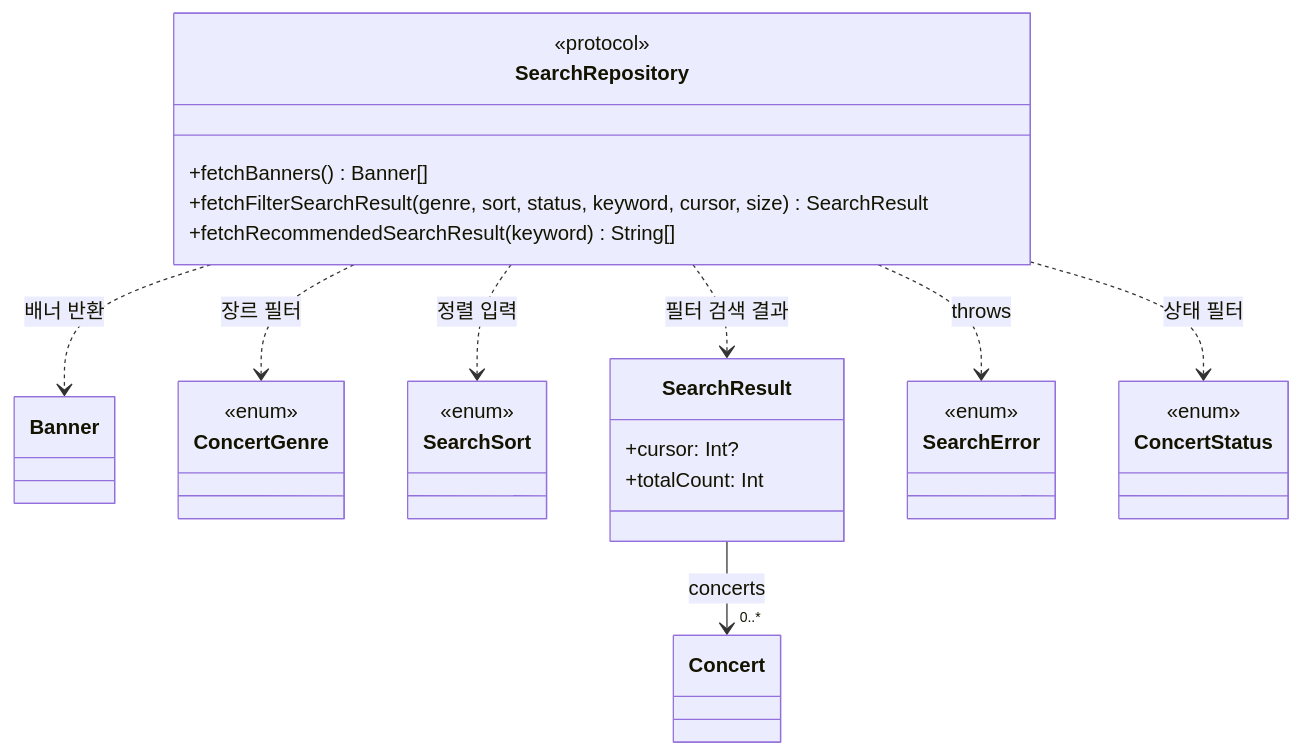
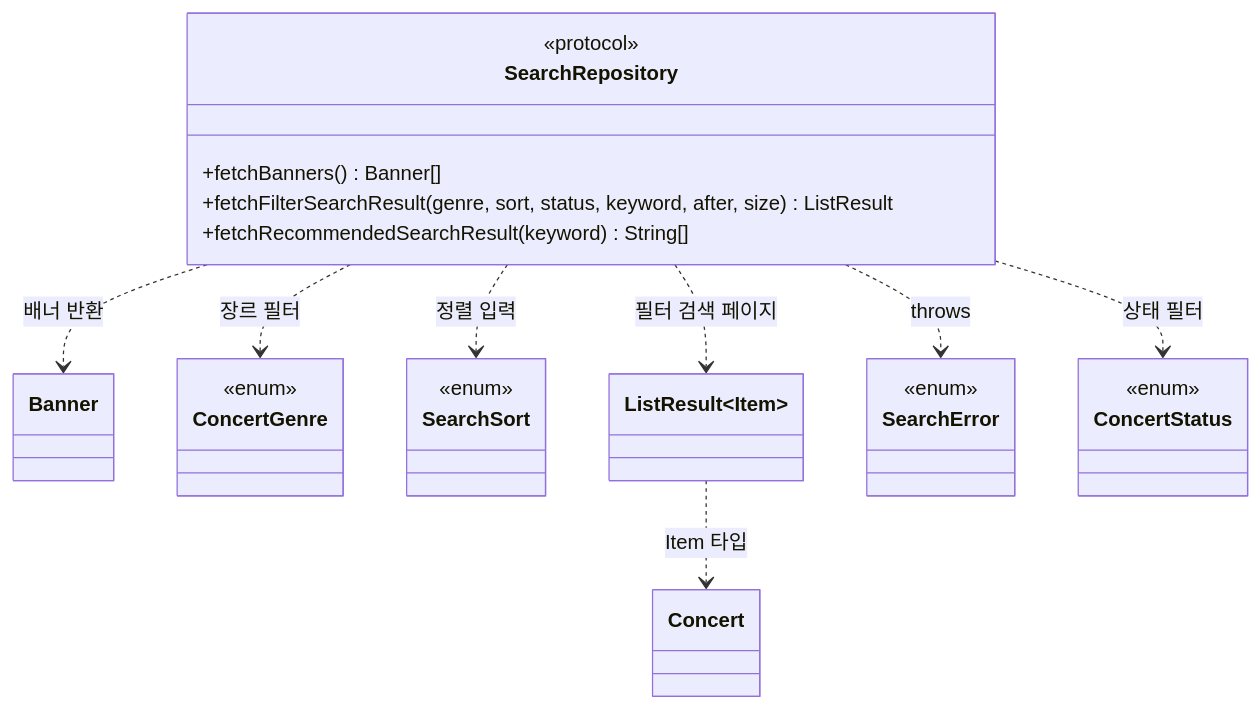
The ninth of 11 diagrams in Projects/Domain/README.md (mediunn/Livith-iOS), drawn with Mermaid before and after one commit. The commit also changed other lines of this file and 25 other files, not shown here.

````diff
--- a/Projects/Domain/README.md
+++ b/Projects/Domain/README.md
@@ -518,35 +517,32 @@
 ```mermaid
 classDiagram
     class SearchRepository {
         <<protocol>>
         +fetchBanners() Banner[]
-        +fetchFilterSearchResult(genre, sort, status, keyword, cursor, size) SearchResult
+        +fetchFilterSearchResult(genre, sort, status, keyword, after, size) ListResult
         +fetchRecommendedSearchResult(keyword) String[]
     }
     class Banner
     class ConcertGenre {
         <<enum>>
     }
     class SearchSort {
         <<enum>>
     }
-    class SearchResult {
-        +cursor: Int?
-        +totalCount: Int
-    }
+    class ListResult~Item~
     class SearchError {
         <<enum>>
     }
     class Concert
     class ConcertStatus {
         <<enum>>
     }
 
     SearchRepository ..> Banner : 배너 반환
     SearchRepository ..> ConcertGenre : 장르 필터
     SearchRepository ..> SearchSort : 정렬 입력
     SearchRepository ..> ConcertStatus : 상태 필터
-    SearchRepository ..> SearchResult : 필터 검색 결과
+    SearchRepository ..> ListResult : 필터 검색 페이지
     SearchRepository ..> SearchError : throws
-    SearchResult --> "0..*" Concert : concerts
+    ListResult ..> Concert : Item 타입
 ```
````
